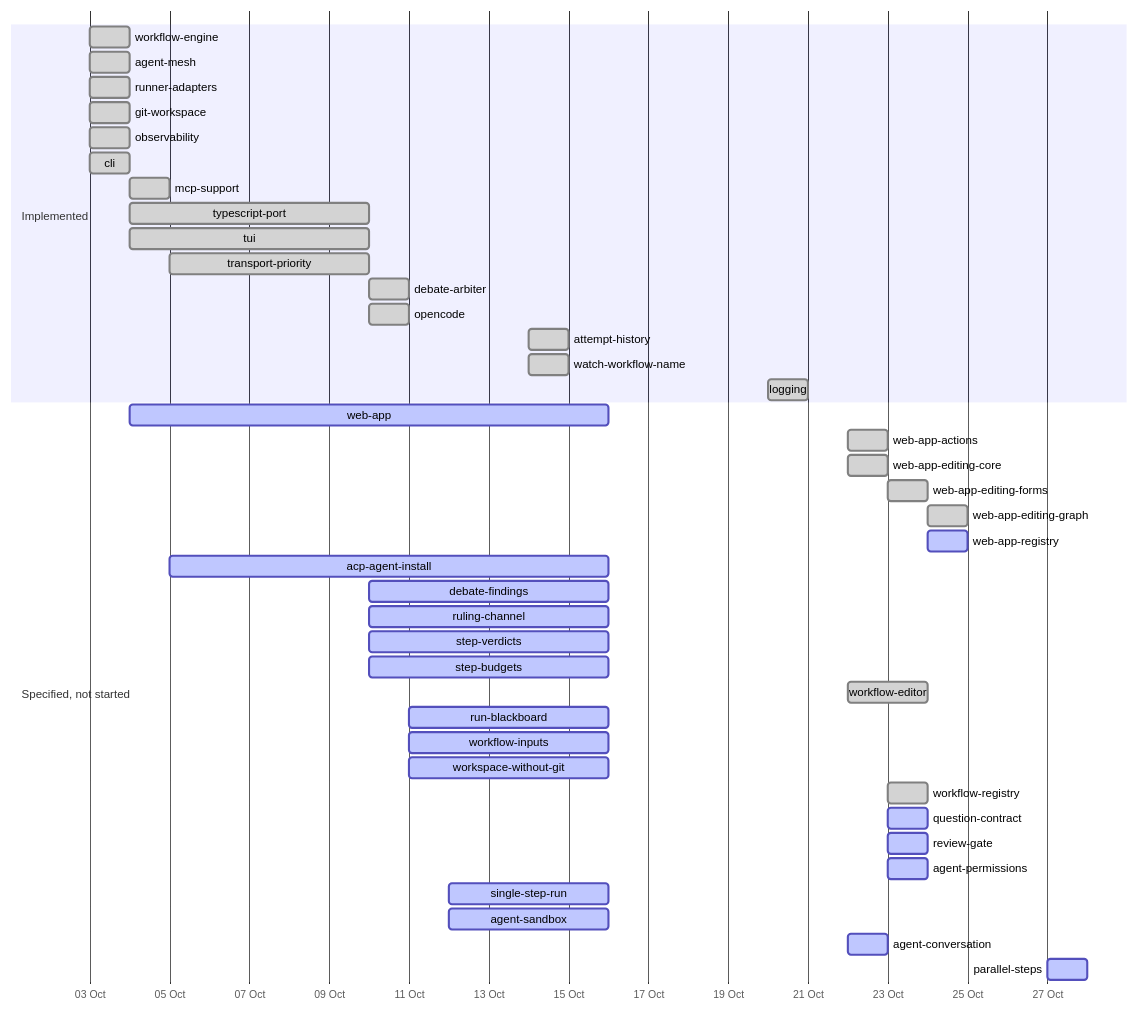
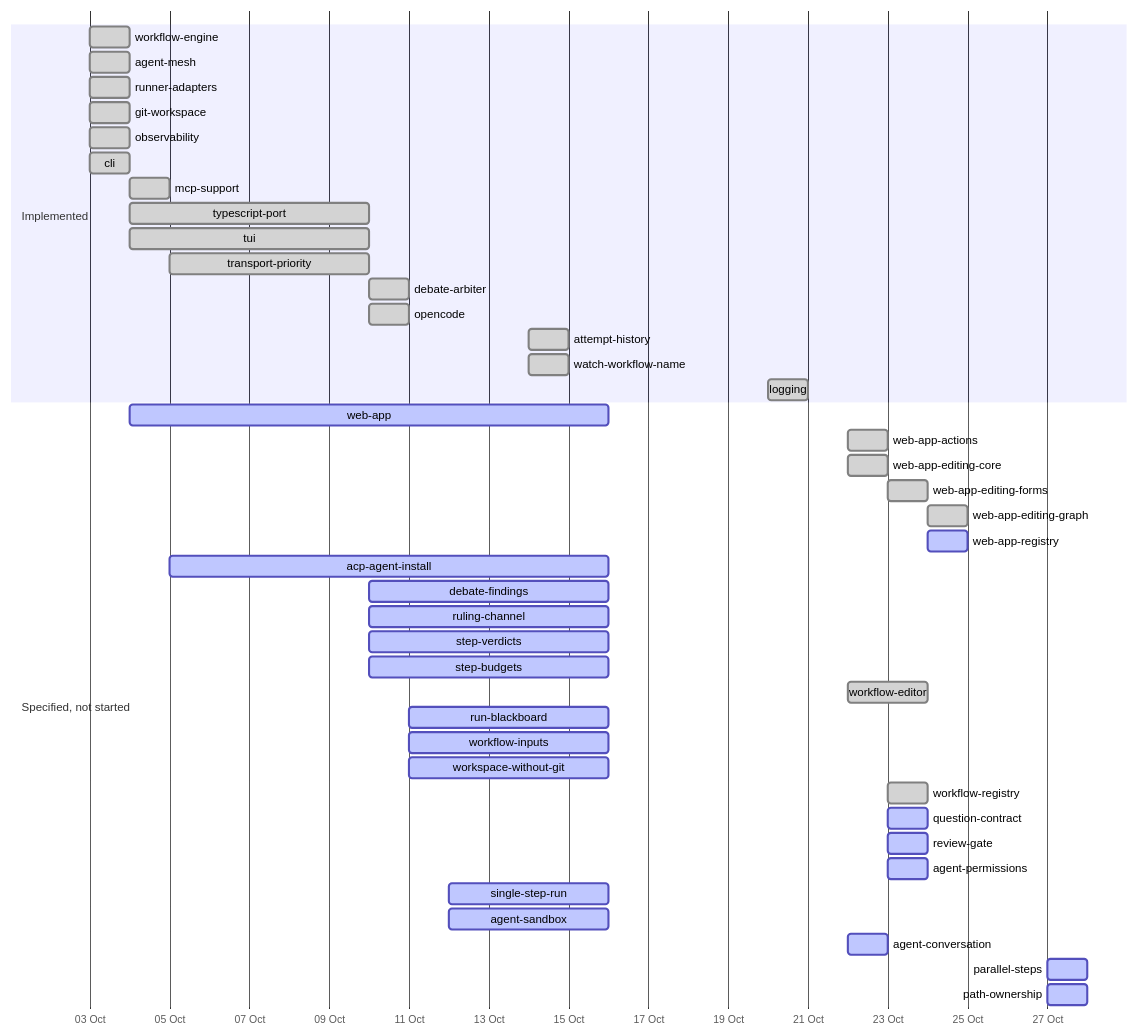
Before and after one commit to yaotzin1/indaba: the second of 2 diagrams in specs/DEPENDENCY_MAP.md, drawn with Mermaid. The commit also changed other lines of this file and 4 other files, not shown here.

First line of the commit message:
Specify path ownership: a role owns paths, other steps send it change requests

````diff
--- a/specs/DEPENDENCY_MAP.md
+++ b/specs/DEPENDENCY_MAP.md
@@ -71,45 +71,46 @@
 ```mermaid
 gantt
     dateFormat YYYY-MM-DD
     axisFormat %d %b
     section Implemented
     workflow-engine        :done, 2026-10-03, 2026-10-04
     agent-mesh             :done, 2026-10-03, 2026-10-04
     runner-adapters        :done, 2026-10-03, 2026-10-04
     git-workspace          :done, 2026-10-03, 2026-10-04
     observability          :done, 2026-10-03, 2026-10-04
     cli                    :done, 2026-10-03, 2026-10-04
     mcp-support            :done, 2026-10-04, 1d
     typescript-port        :done, 2026-10-04, 2026-10-10
     tui                    :done, 2026-10-04, 2026-10-10
     transport-priority     :done, 2026-10-05, 2026-10-10
     debate-arbiter         :done, 2026-10-10, 1d
     opencode               :done, 2026-10-10, 1d
     attempt-history        :done, 2026-10-14, 1d
     watch-workflow-name    :done, 2026-10-14, 1d
     logging                :done, 2026-10-20, 2026-10-21
     section Specified, not started
     web-app                :active, 2026-10-04, 2026-10-16
     web-app-actions        :done, 2026-10-22, 1d
     web-app-editing-core   :done, 2026-10-22, 1d
     web-app-editing-forms  :done, 2026-10-23, 1d
     web-app-editing-graph  :done, 2026-10-24, 1d
     web-app-registry       :active, 2026-10-24, 1d
     acp-agent-install      :active, 2026-10-05, 2026-10-16
     debate-findings        :active, 2026-10-10, 2026-10-16
     ruling-channel         :active, 2026-10-10, 2026-10-16
     step-verdicts          :active, 2026-10-10, 2026-10-16
     step-budgets           :active, 2026-10-10, 2026-10-16
     workflow-editor        :done, 2026-10-22, 2d
     run-blackboard         :active, 2026-10-11, 2026-10-16
     workflow-inputs        :active, 2026-10-11, 2026-10-16
     workspace-without-git  :active, 2026-10-11, 2026-10-16
     workflow-registry      :done, 2026-10-23, 1d
     question-contract      :active, 2026-10-23, 2026-10-24
     review-gate            :active, 2026-10-23, 2026-10-24
     agent-permissions      :active, 2026-10-23, 2026-10-24
     single-step-run        :active, 2026-10-12, 2026-10-16
     agent-sandbox          :active, 2026-10-12, 2026-10-16
     agent-conversation     :active, 2026-10-22, 2026-10-23
     parallel-steps         :active, 2026-10-27, 1d
+    path-ownership         :active, 2026-10-27, 1d
 ```
````
